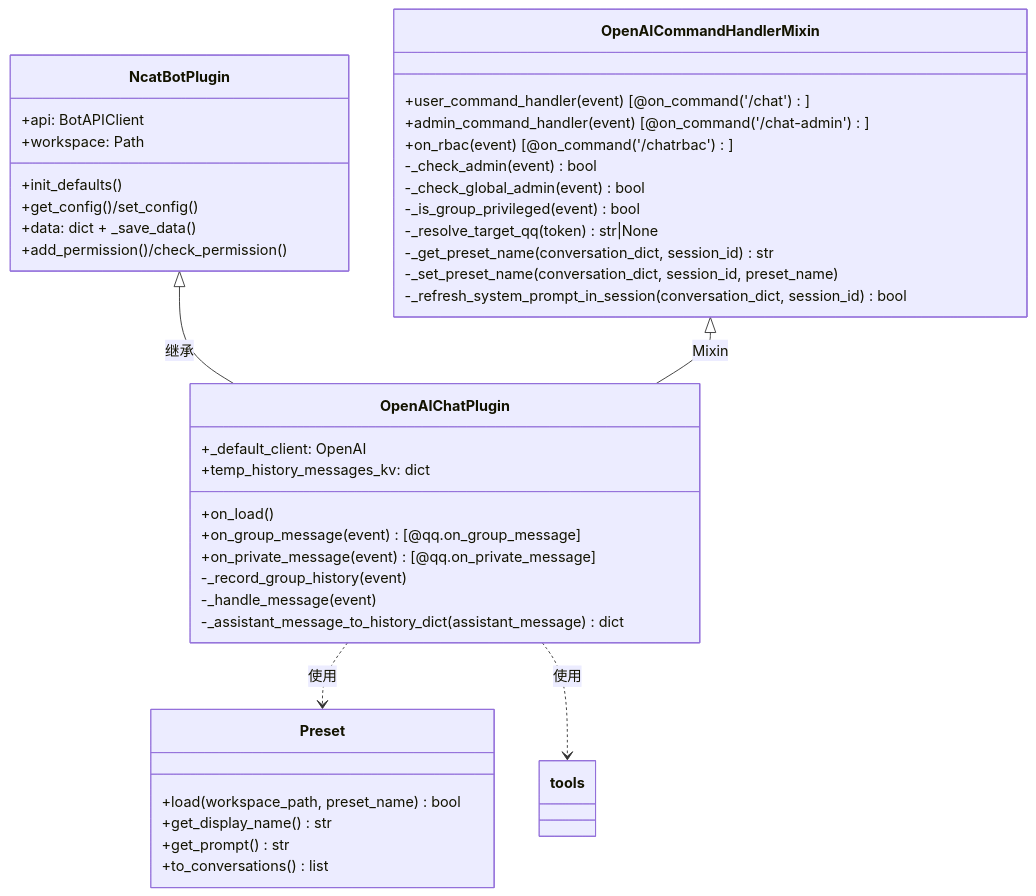
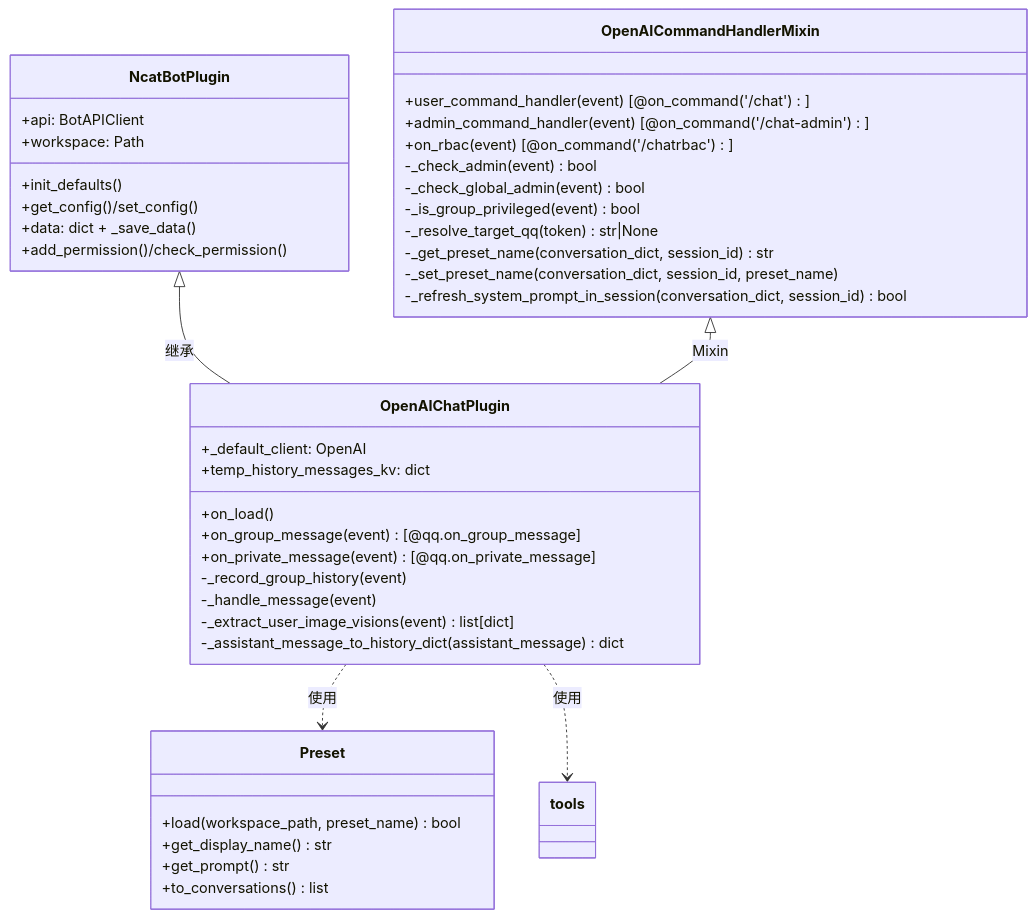
One commit to Yang-qwq/openai_chat_plugin changed the third of 3 diagrams in AGENTS.md. Above: the diagram before and after it, drawn with Mermaid. The commit also changed other lines of this file and 5 other files, not shown here.

Commit message:
add image recognition feature to process user images as visual input

````diff
--- a/AGENTS.md
+++ b/AGENTS.md
@@ -70,47 +71,48 @@
 ```mermaid
 classDiagram
     class NcatBotPlugin {
         +init_defaults()
         +get_config()/set_config()
         +data: dict + _save_data()
         +api: BotAPIClient
         +workspace: Path
         +add_permission()/check_permission()
     }
 
     class OpenAICommandHandlerMixin {
         +user_command_handler(event) [@on_command('/chat')]
         +admin_command_handler(event) [@on_command('/chat-admin')]
         +on_rbac(event) [@on_command('/chatrbac')]
         -_check_admin(event) bool
         -_check_global_admin(event) bool
         -_is_group_privileged(event) bool
         -_resolve_target_qq(token) str|None
         -_get_preset_name(conversation_dict, session_id) str
         -_set_preset_name(conversation_dict, session_id, preset_name)
         -_refresh_system_prompt_in_session(conversation_dict, session_id) bool
     }
 
     class OpenAIChatPlugin {
         +_default_client: OpenAI
         +temp_history_messages_kv: dict
         +on_load()
         +on_group_message(event) [@qq.on_group_message]
         +on_private_message(event) [@qq.on_private_message]
         -_record_group_history(event)
         -_handle_message(event)
+        -_extract_user_image_visions(event) list[dict]
         -_assistant_message_to_history_dict(assistant_message) dict
     }
 
     class Preset {
         +load(workspace_path, preset_name) bool
         +get_display_name() str
         +get_prompt() str
         +to_conversations() list
     }
 
     NcatBotPlugin <|-- OpenAIChatPlugin : 继承
     OpenAICommandHandlerMixin <|-- OpenAIChatPlugin : Mixin
     OpenAIChatPlugin ..> Preset : 使用
     OpenAIChatPlugin ..> tools : 使用
 ```
````
